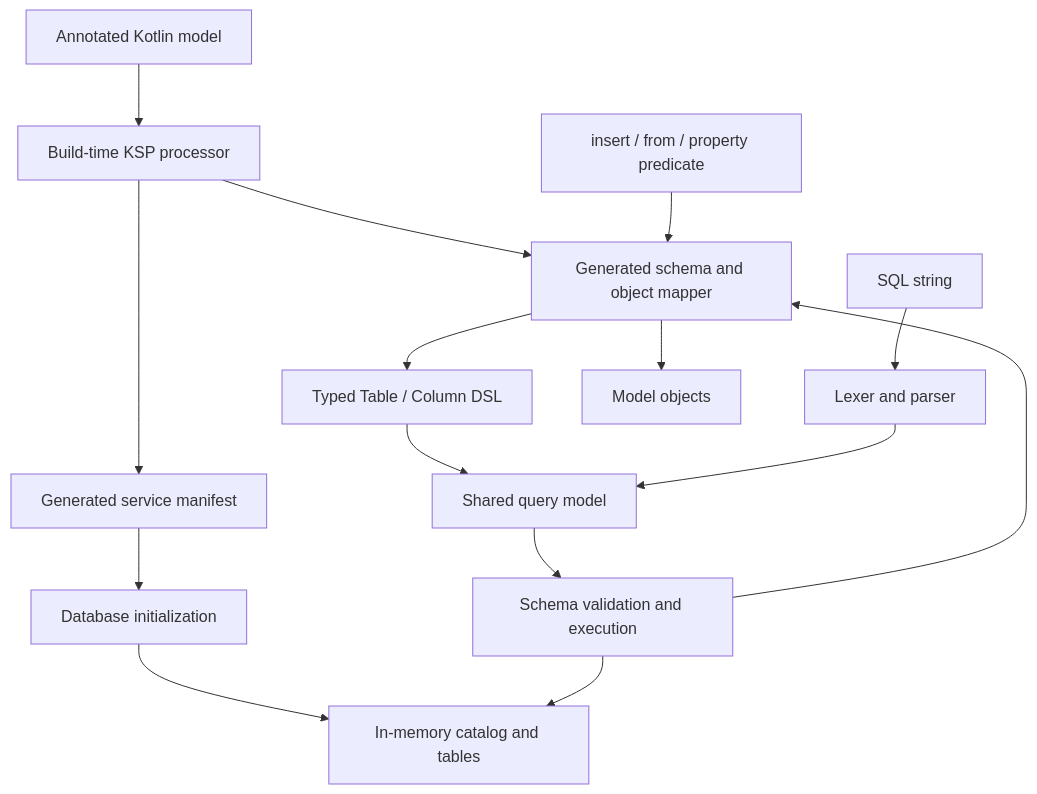
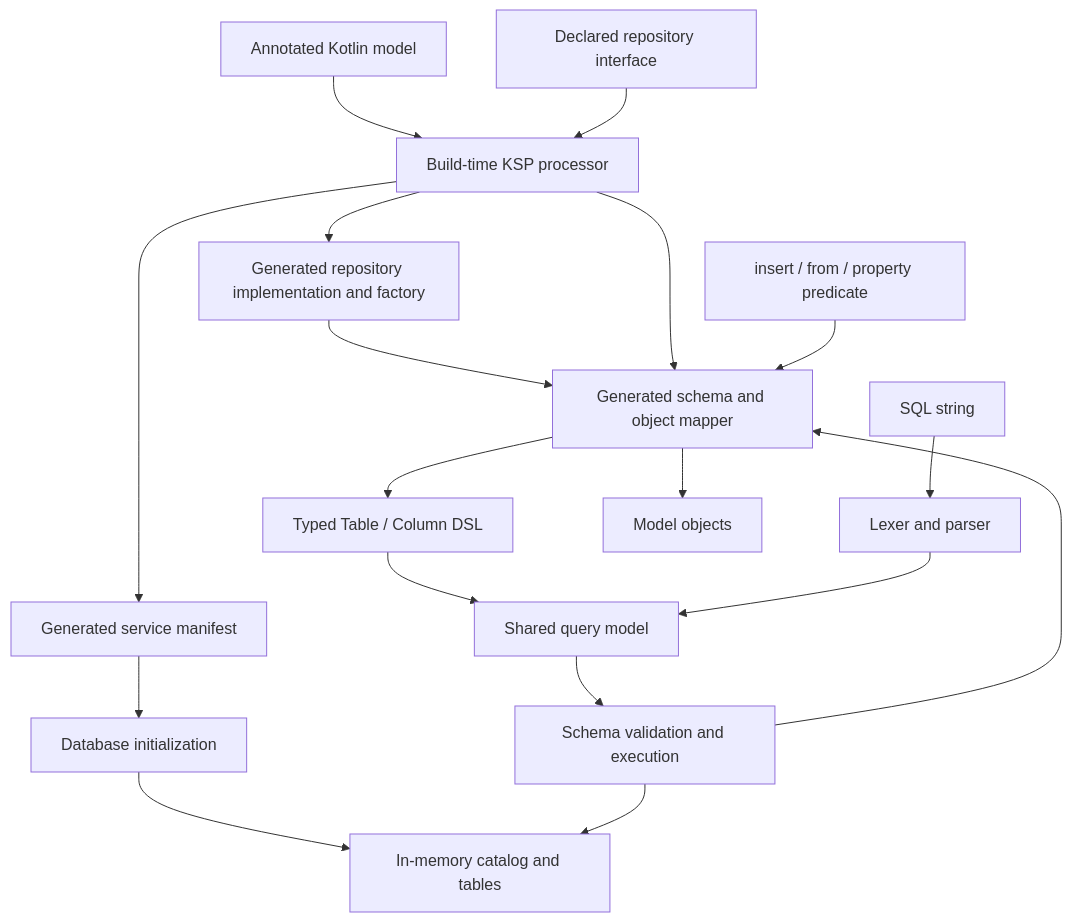
The second of 2 diagrams in README.md (xhae123/kokodb), drawn with Mermaid before and after one commit. The commit also changed other lines of this file and 10 other files, not shown here.

````diff
--- a/README.md
+++ b/README.md
@@ -166,17 +183,20 @@
 ```mermaid
 flowchart TD
     Model["Annotated Kotlin model"] --> KSP["Build-time KSP processor"]
+    Repository["Declared repository interface"] --> KSP
+    KSP --> Implementation["Generated repository implementation and factory"]
+    Implementation --> Adapter
     KSP --> Adapter["Generated schema and object mapper"]
     KSP --> Manifest["Generated service manifest"]
     Manifest --> Discovery["Database initialization"]
     Discovery --> Catalog["In-memory catalog and tables"]
     App["insert / from / property predicate"] --> Adapter
     Adapter --> DSL["Typed Table / Column DSL"]
     DSL --> Query["Shared query model"]
     SQL["SQL string"] --> Parser["Lexer and parser"]
     Parser --> Query
     Query --> Executor["Schema validation and execution"]
     Executor --> Catalog
     Executor --> Adapter
     Adapter --> Result["Model objects"]
 ```
````
